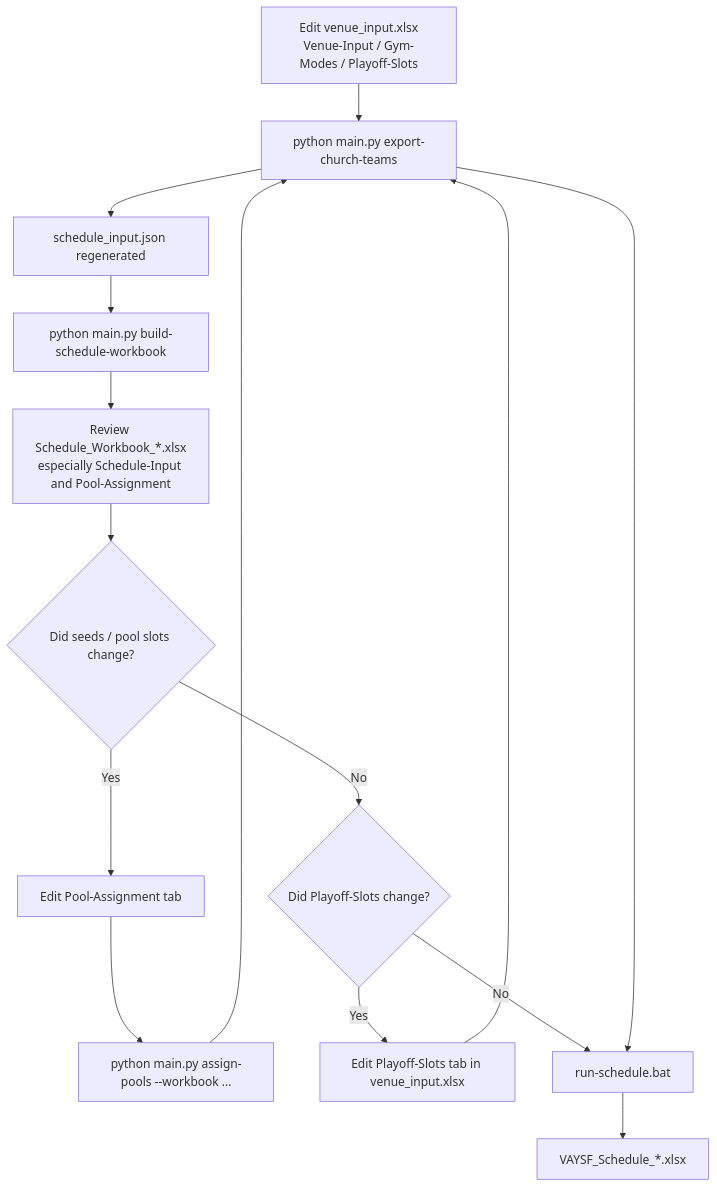
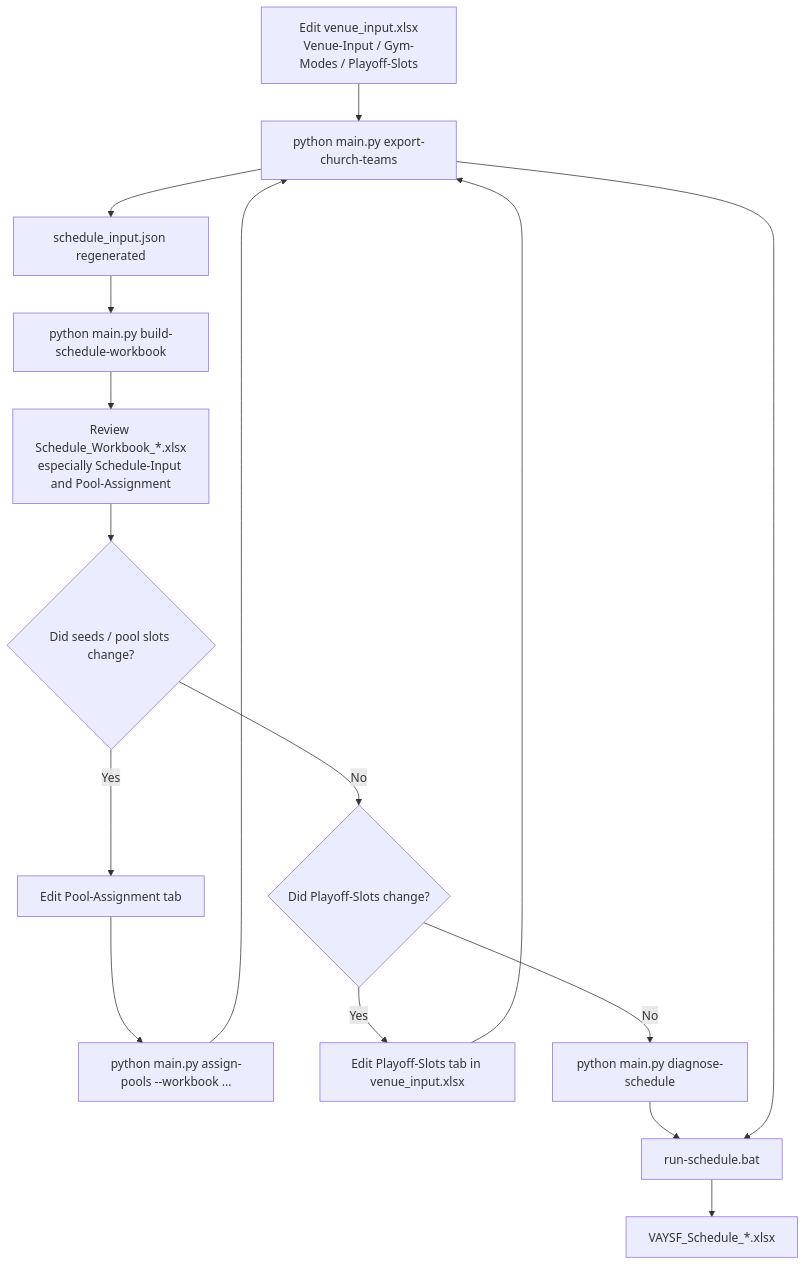
The diagram in docs/SCHEDULE-HOW-TO.md (i12know/vaysf), drawn with Mermaid before and after one commit. The commit also changed other lines of this file and 6 other files, not shown here.

````diff
--- a/docs/SCHEDULE-HOW-TO.md
+++ b/docs/SCHEDULE-HOW-TO.md
@@ -74,17 +98,18 @@
 ```mermaid
 flowchart TD
     A["Edit venue_input.xlsx<br/>Venue-Input / Gym-Modes / Playoff-Slots"] --> B["python main.py export-church-teams"]
     B --> C["schedule_input.json regenerated"]
     C --> D["python main.py build-schedule-workbook"]
     D --> E["Review Schedule_Workbook_*.xlsx<br/>especially Schedule-Input and Pool-Assignment"]
     E --> F{"Did seeds / pool slots change?"}
     F -- Yes --> G["Edit Pool-Assignment tab"]
     G --> H["python main.py assign-pools --workbook ..."]
     H --> B
     F -- No --> I{"Did Playoff-Slots change?"}
     I -- Yes --> J["Edit Playoff-Slots tab in venue_input.xlsx"]
     J --> B
-    I -- No --> K["run-schedule.bat"]
-    B --> K
-    K --> L["VAYSF_Schedule_*.xlsx"]
+    I -- No --> K["python main.py diagnose-schedule"]
+    K --> L["run-schedule.bat"]
+    B --> L
+    L --> M["VAYSF_Schedule_*.xlsx"]
 ```
````
